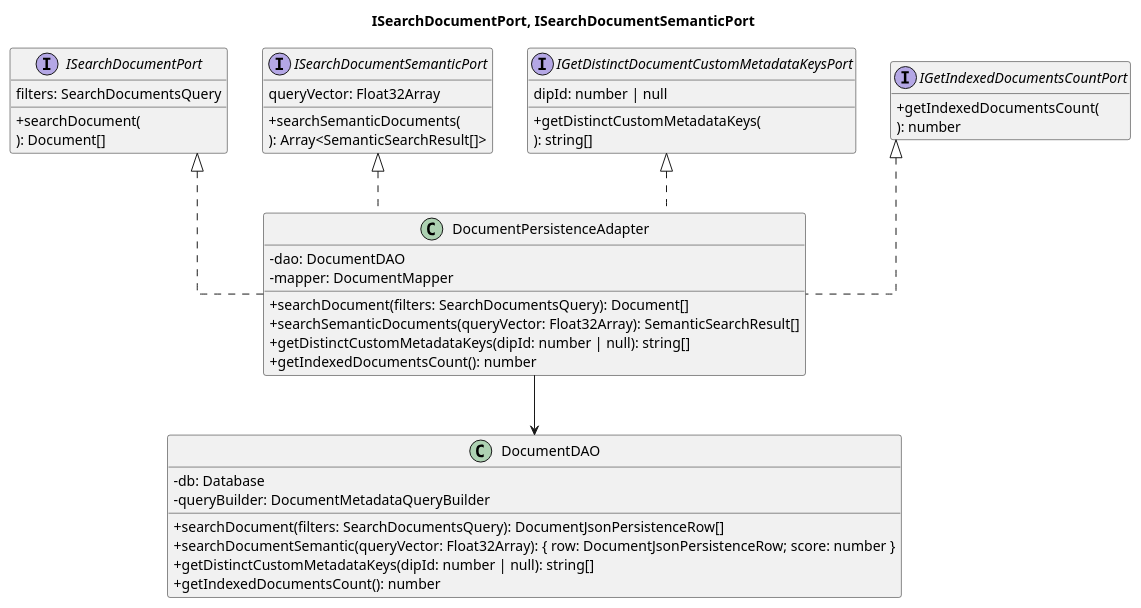
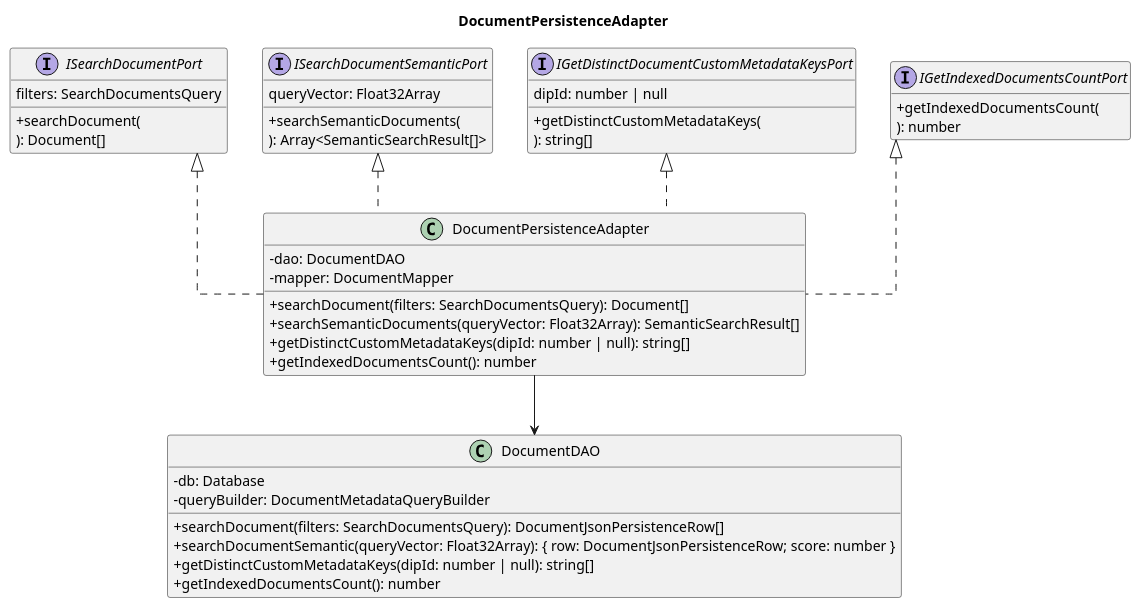
One commit to 7-ZPUs/Docs changed the ninth of 15 diagrams in 3_PB/DocumentiEsterni/DiagrammiSpecificaTecnica/C4/C4_backend_Search.puml. Above: the diagram before and after it, drawn with PlantUML. The commit also changed other lines of this file and 7 other files, not shown here.

```diff
--- a/3_PB/DocumentiEsterni/DiagrammiSpecificaTecnica/C4/C4_backend_Search.puml
+++ b/3_PB/DocumentiEsterni/DiagrammiSpecificaTecnica/C4/C4_backend_Search.puml
@@ -229,51 +229,51 @@
 @startuml
-title ISearchDocumentPort, ISearchDocumentSemanticPort
+title DocumentPersistenceAdapter
 
 skinparam classAttributeIconSize 0
 skinparam linetype ortho
 hide empty members
 
 interface ISearchDocumentPort {
     + searchDocument(
         filters: SearchDocumentsQuery
     ): Document[]
 }
 
 interface ISearchDocumentSemanticPort {
     + searchSemanticDocuments(
         queryVector: Float32Array
     ): Array<SemanticSearchResult[]>
 }
 
 interface IGetDistinctDocumentCustomMetadataKeysPort {
     + getDistinctCustomMetadataKeys(
         dipId: number | null
     ): string[]
 }
 
 interface IGetIndexedDocumentsCountPort {
     + getIndexedDocumentsCount(
     ): number
 }
 
 class DocumentPersistenceAdapter implements ISearchDocumentPort, ISearchDocumentSemanticPort, IGetDistinctDocumentCustomMetadataKeysPort, IGetIndexedDocumentsCountPort {
     - dao: DocumentDAO
     - mapper: DocumentMapper
     + searchDocument(filters: SearchDocumentsQuery): Document[]
     + searchSemanticDocuments(queryVector: Float32Array): SemanticSearchResult[]
     + getDistinctCustomMetadataKeys(dipId: number | null): string[]
     + getIndexedDocumentsCount(): number
 }
 
 class DocumentDAO {
     - db: Database
     - queryBuilder: DocumentMetadataQueryBuilder
     + searchDocument(filters: SearchDocumentsQuery): DocumentJsonPersistenceRow[]
     + searchDocumentSemantic(queryVector: Float32Array): { row: DocumentJsonPersistenceRow; score: number }
     + getDistinctCustomMetadataKeys(dipId: number | null): string[]
     + getIndexedDocumentsCount(): number
 }
 
 DocumentPersistenceAdapter --> DocumentDAO 
 
 @enduml
```
